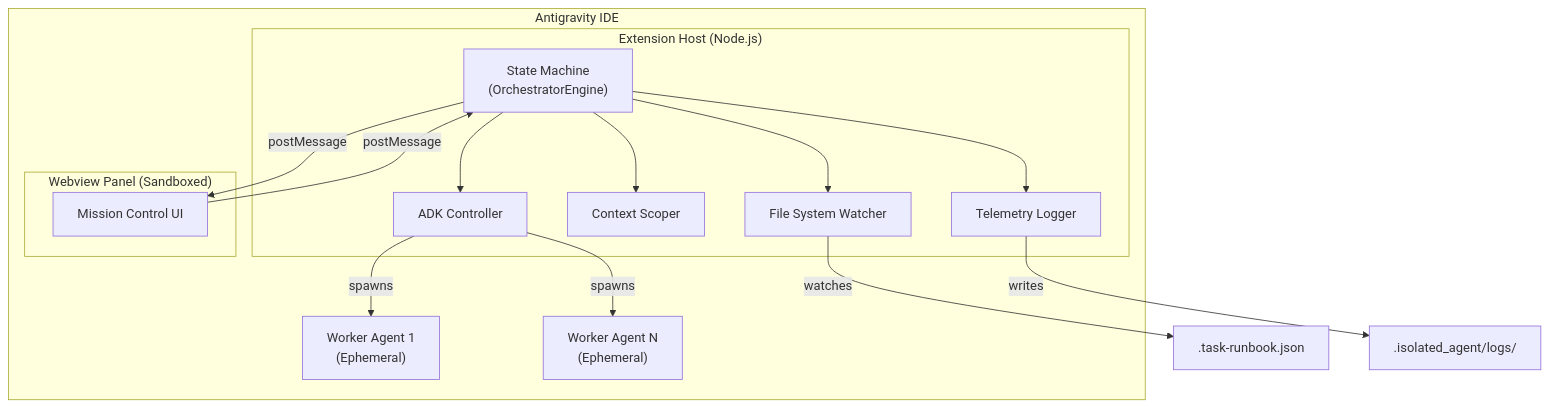
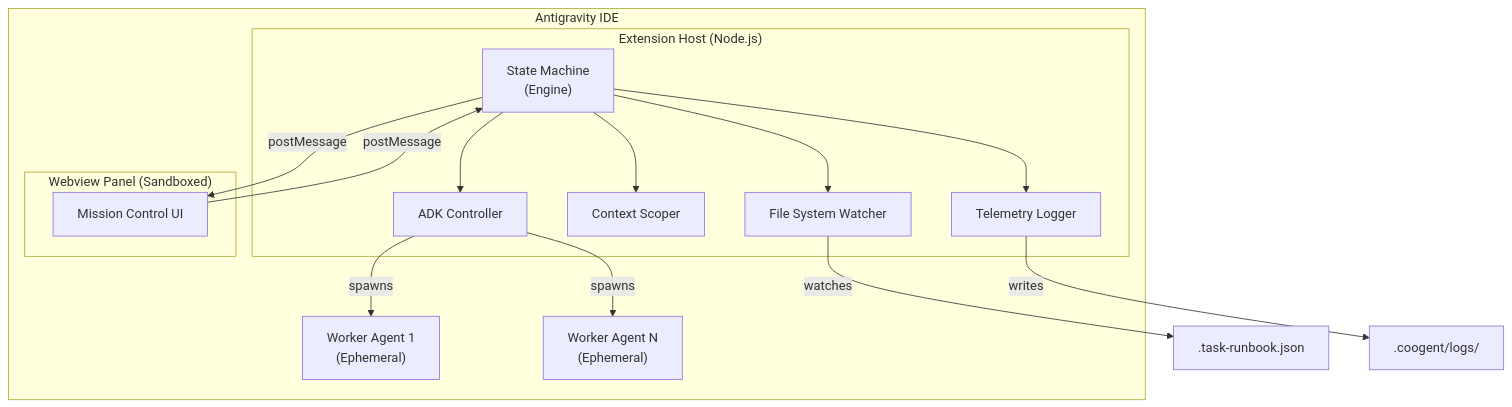
One commit to lehoa1806/coogent changed the first of 4 diagrams in docs/TDD.md. Above: the diagram before and after it, drawn with Mermaid. The commit also changed other lines of this file and 48 other files, not shown here.

````diff
--- a/docs/TDD.md
+++ b/docs/TDD.md
@@ -29,25 +29,25 @@
 ```mermaid
 graph TD
     subgraph IDE["Antigravity IDE"]
         subgraph ExtHost["Extension Host (Node.js)"]
-            SM["State Machine\n(OrchestratorEngine)"]
+            SM["State Machine\n(Engine)"]
             ADK["ADK Controller"]
             CS["Context Scoper"]
             FSW["File System Watcher"]
             LOG["Telemetry Logger"]
         end
         subgraph WV["Webview Panel (Sandboxed)"]
             UI["Mission Control UI"]
         end
         SM -- postMessage --> UI
         UI -- postMessage --> SM
         SM --> ADK
         SM --> CS
         SM --> FSW
         SM --> LOG
         ADK -- spawns --> W1["Worker Agent 1\n(Ephemeral)"]
         ADK -- spawns --> W2["Worker Agent N\n(Ephemeral)"]
     end
     FSW -- watches --> RB[".task-runbook.json"]
-    LOG -- writes --> LD[".isolated_agent/logs/"]
+    LOG -- writes --> LD[".coogent/logs/"]
 ```
````
